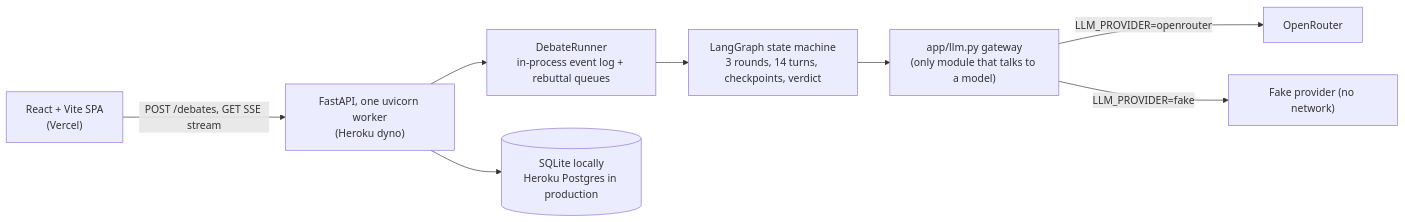
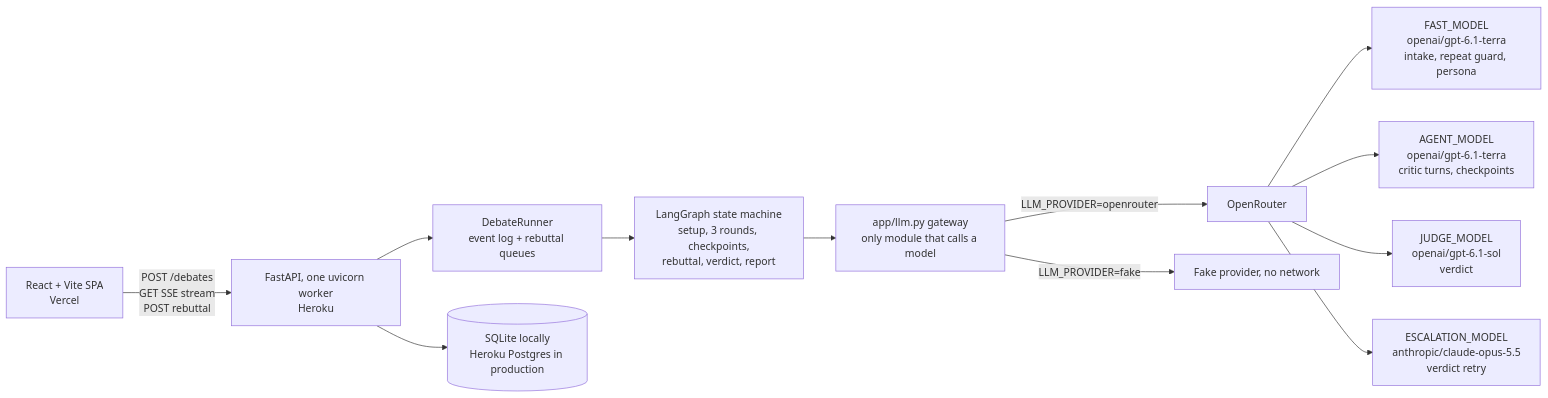
The diagram in README.md (satyam237/startup-war-room), drawn with Mermaid before and after one commit. The commit also changed other lines of this file and 8 other files, not shown here.

Commit message:
docs: rewrite README with screenshots and architecture

````diff
--- a/README.md
+++ b/README.md
@@ -9,10 +52,14 @@
 ```mermaid
 flowchart LR
-  Browser["React + Vite SPA<br/>(Vercel)"] -- "POST /debates, GET SSE stream" --> API["FastAPI, one uvicorn worker<br/>(Heroku dyno)"]
-  API --> Runner["DebateRunner<br/>in-process event log + rebuttal queues"]
-  Runner --> Graph["LangGraph state machine<br/>3 rounds, 14 turns, checkpoints, verdict"]
-  Graph --> Gateway["app/llm.py gateway<br/>(only module that talks to a model)"]
+  Browser["React + Vite SPA<br/>Vercel"] -- "POST /debates<br/>GET SSE stream<br/>POST rebuttal" --> API["FastAPI, one uvicorn worker<br/>Heroku"]
+  API --> Runner["DebateRunner<br/>event log + rebuttal queues"]
+  Runner --> Graph["LangGraph state machine<br/>setup, 3 rounds, checkpoints,<br/>rebuttal, verdict, report"]
+  Graph --> Gateway["app/llm.py gateway<br/>only module that calls a model"]
   Gateway -- "LLM_PROVIDER=openrouter" --> OR["OpenRouter"]
-  Gateway -- "LLM_PROVIDER=fake" --> Fake["Fake provider (no network)"]
+  Gateway -- "LLM_PROVIDER=fake" --> Fake["Fake provider, no network"]
+  OR --> Fast["FAST_MODEL<br/>openai/gpt-6.1-terra<br/>intake, repeat guard, persona"]
+  OR --> Agent["AGENT_MODEL<br/>openai/gpt-6.1-terra<br/>critic turns, checkpoints"]
+  OR --> Judge["JUDGE_MODEL<br/>openai/gpt-6.1-sol<br/>verdict"]
+  OR --> Esc["ESCALATION_MODEL<br/>anthropic/claude-opus-5.5<br/>verdict retry"]
   API --> DB[("SQLite locally<br/>Heroku Postgres in production")]
 ```
````
